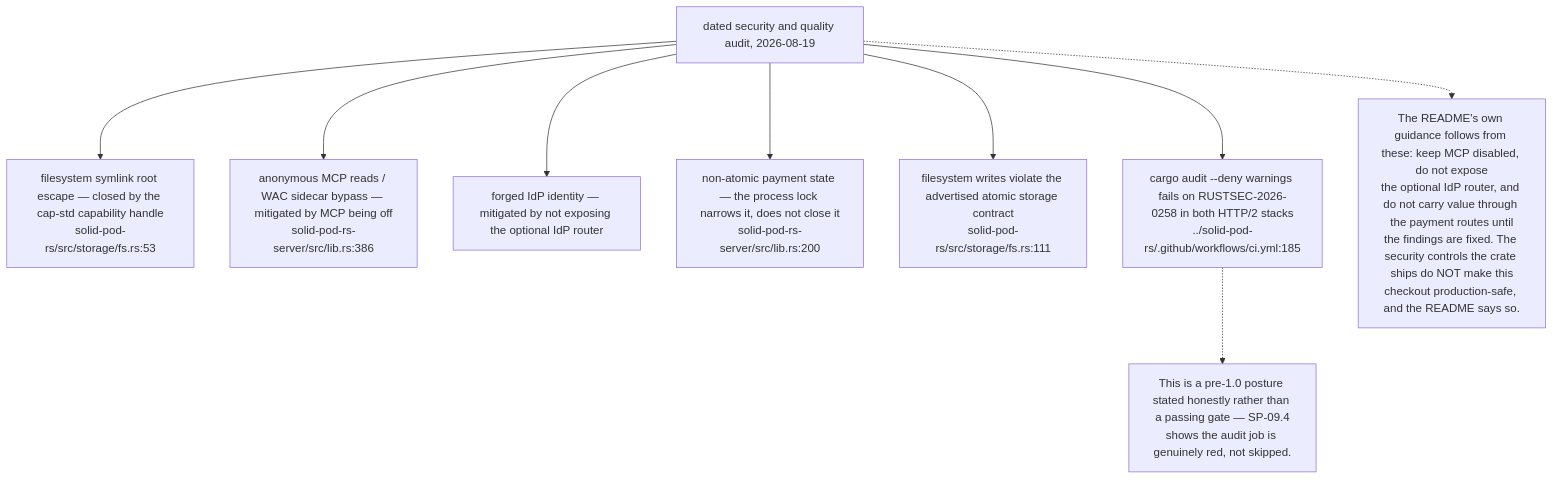
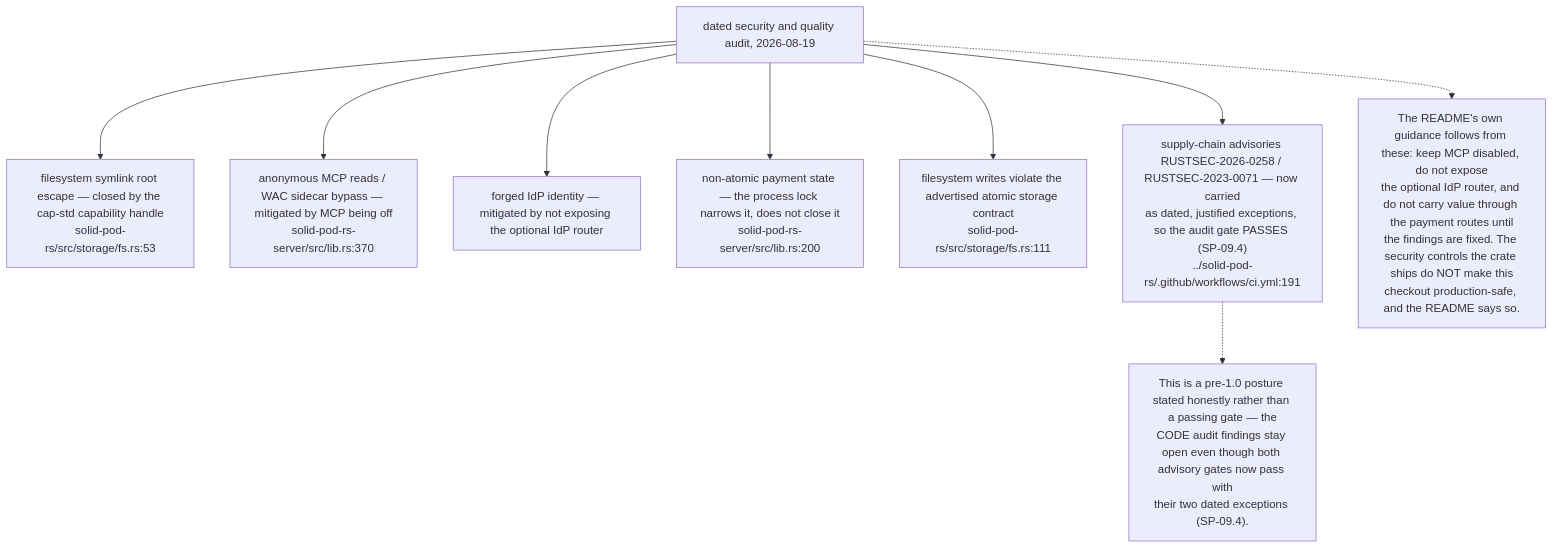
One commit to DreamLab-AI/VisionFlow changed the eighth of 12 diagrams in docs/diagrams/solid-pod-rs/10-failure-modes-and-invariants.md. Above: the diagram before and after it, drawn with Mermaid. The commit also changed other lines of this file and 111 other files, not shown here.

Commit message:
docs(diagrams): align estate maps with current source

````diff
--- a/docs/diagrams/solid-pod-rs/10-failure-modes-and-invariants.md
+++ b/docs/diagrams/solid-pod-rs/10-failure-modes-and-invariants.md
@@ -222,22 +221,22 @@
 ```mermaid
 flowchart TD
     A["dated security and quality audit, 2026-08-19"]
     F1["filesystem symlink root escape — closed by the cap-std capability handle<br/>solid-pod-rs/src/storage/fs.rs:53"]
-    F2["anonymous MCP reads / WAC sidecar bypass — mitigated by MCP being off<br/>solid-pod-rs-server/src/lib.rs:386"]
+    F2["anonymous MCP reads / WAC sidecar bypass — mitigated by MCP being off<br/>solid-pod-rs-server/src/lib.rs:370"]
     F3["forged IdP identity — mitigated by not exposing the optional IdP router"]
     F4["non-atomic payment state — the process lock narrows it, does not close it<br/>solid-pod-rs-server/src/lib.rs:200"]
     F5["filesystem writes violate the advertised atomic storage contract<br/>solid-pod-rs/src/storage/fs.rs:111"]
-    F6["cargo audit --deny warnings fails on RUSTSEC-2026-0258 in both HTTP/2 stacks<br/>../solid-pod-rs/.github/workflows/ci.yml:185"]
+    F6["supply-chain advisories RUSTSEC-2026-0258 / RUSTSEC-2023-0071 — now carried<br/>as dated, justified exceptions, so the audit gate PASSES (SP-09.4)<br/>../solid-pod-rs/.github/workflows/ci.yml:191"]
 
     A --> F1
     A --> F2
     A --> F3
     A --> F4
     A --> F5
     A --> F6
 
     N["The README's own guidance follows from these: keep MCP disabled, do not expose<br/>the optional IdP router, and do not carry value through the payment routes until<br/>the findings are fixed. The security controls the crate ships do NOT make this<br/>checkout production-safe, and the README says so."]
     A -.-> N
-    N2["This is a pre-1.0 posture stated honestly rather than a passing gate — SP-09.4<br/>shows the audit job is genuinely red, not skipped."]
+    N2["This is a pre-1.0 posture stated honestly rather than a passing gate — the<br/>CODE audit findings stay open even though both advisory gates now pass with<br/>their two dated exceptions (SP-09.4)."]
     F6 -.-> N2
 ```
````
